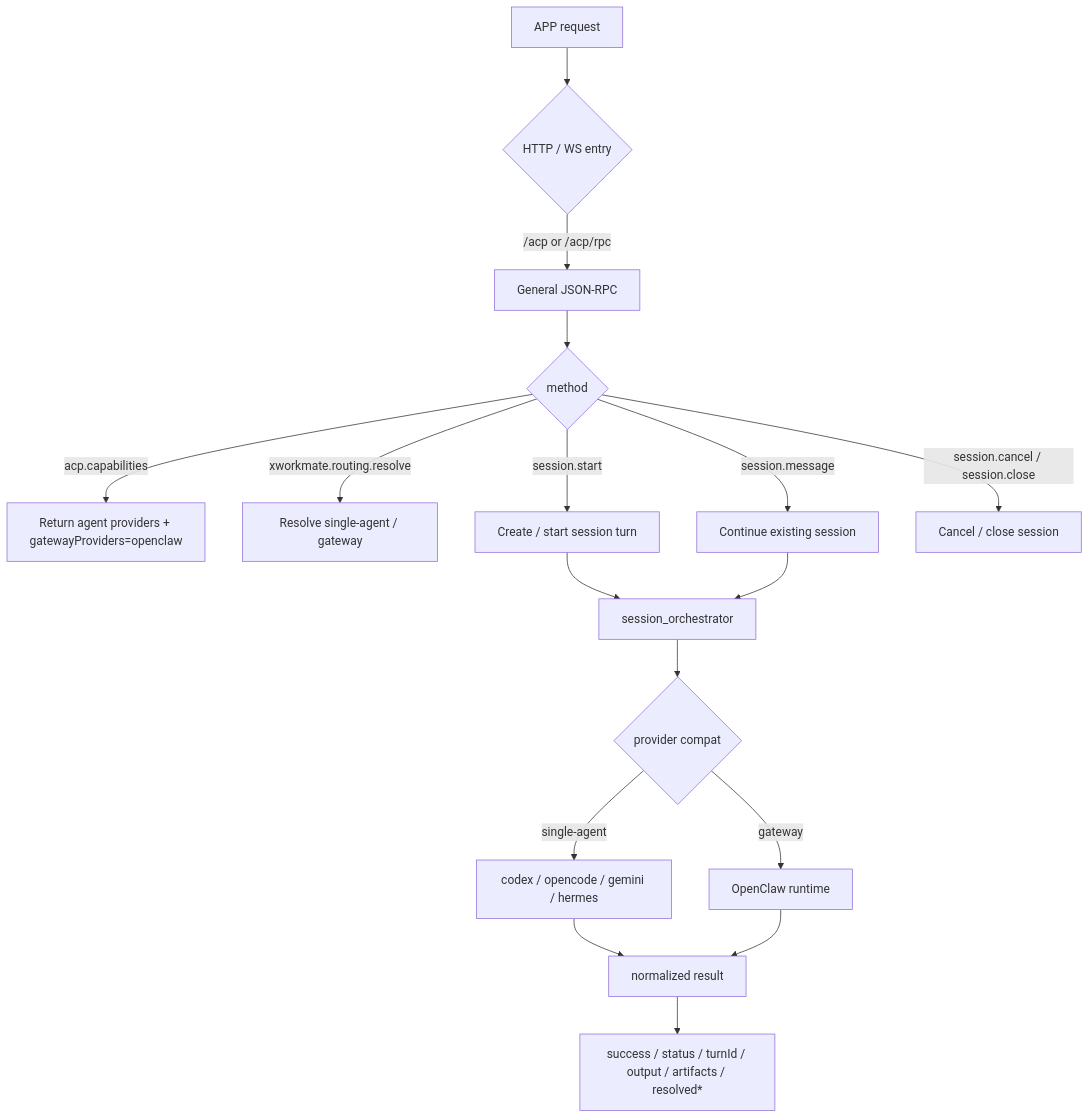
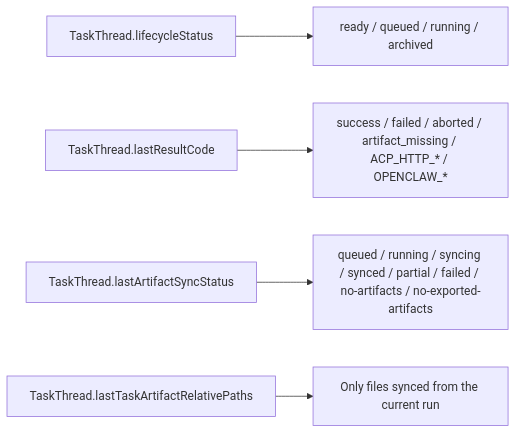
The third of 4 diagrams in docs/architecture/cross-repo-task-state-workflow.md (ai-workspace-lab/xworkmate-app), drawn with Mermaid before and after one commit. The commit also changed other lines of this file and 1 other file, not shown here.

Commit message:
update architecture docs

````diff
--- a/docs/architecture/cross-repo-task-state-workflow.md
+++ b/docs/architecture/cross-repo-task-state-workflow.md
@@ -123,22 +154,7 @@
 ```mermaid
-flowchart TD
-  REQ["APP request"] --> EP{"HTTP / WS entry"}
-  EP -->|/acp or /acp/rpc| RPC["General JSON-RPC"]
-
-  RPC --> METHOD{"method"}
-  METHOD -->|acp.capabilities| CAP["Return agent providers + gatewayProviders=openclaw"]
-  METHOD -->|xworkmate.routing.resolve| ROUTE["Resolve single-agent / gateway"]
-  METHOD -->|session.start| START["Create / start session turn"]
-  METHOD -->|session.message| MSG["Continue existing session"]
-  METHOD -->|session.cancel / session.close| CTRL["Cancel / close session"]
-
-  START --> ORCH["session_orchestrator"]
-  MSG --> ORCH
-  ORCH --> PROVIDER{"provider compat"}
-  PROVIDER -->|single-agent| SA["codex / opencode / gemini / hermes"]
-  PROVIDER -->|gateway| OCG["OpenClaw runtime"]
-
-  SA --> NORM["normalized result"]
-  OCG --> NORM
-  NORM --> OUT["success / status / turnId / output / artifacts / resolved*"]
+flowchart LR
+  LS["TaskThread.lifecycleStatus"] --> LS2["ready / queued / running / archived"]
+  RC["TaskThread.lastResultCode"] --> RC2["success / failed / aborted / artifact_missing / ACP_HTTP_* / OPENCLAW_*"]
+  AS["TaskThread.lastArtifactSyncStatus"] --> AS2["queued / running / syncing / synced / partial / failed / no-artifacts / no-exported-artifacts"]
+  AP["TaskThread.lastTaskArtifactRelativePaths"] --> AP2["Only files synced from the current run"]
 ```
````
